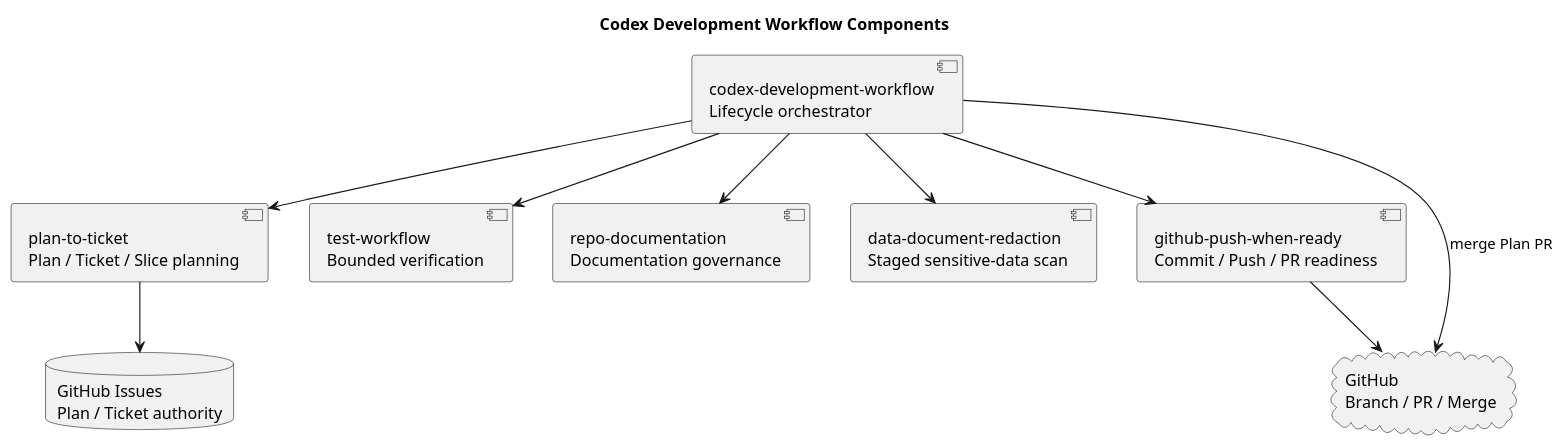
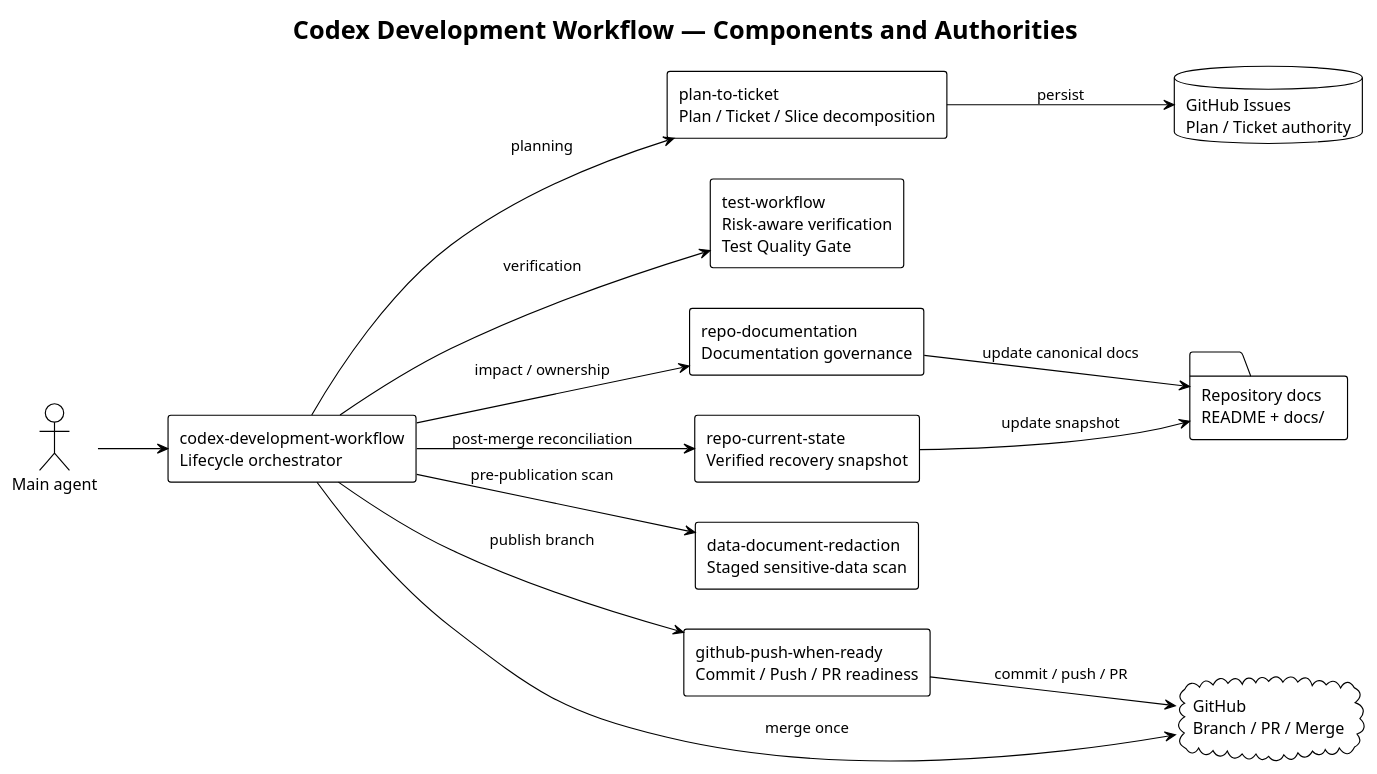
Before and after one commit to i-zrhe2016/codex-development-workflow: the diagram in docs/diagrams/components.puml, drawn with PlantUML. The commit also changed 30 other files, not shown here.

First line of the commit message:
Normalize diagrams and documentation with PlantUML (#150)

```diff
--- a/docs/diagrams/components.puml
+++ b/docs/diagrams/components.puml
@@ -1,21 +1,35 @@
 @startuml
-title Codex Development Workflow Components
+!theme plain
+left to right direction
+skinparam shadowing false
+skinparam defaultFontName Arial
+skinparam componentStyle rectangle
 
+title Codex Development Workflow — Components and Authorities
+
+actor "Main agent" as agent
 component "codex-development-workflow\nLifecycle orchestrator" as main
-component "plan-to-ticket\nPlan / Ticket / Slice planning" as plan
-component "test-workflow\nBounded verification" as test
+component "plan-to-ticket\nPlan / Ticket / Slice decomposition" as plan
+component "test-workflow\nRisk-aware verification\nTest Quality Gate" as test
 component "repo-documentation\nDocumentation governance" as docs
+component "repo-current-state\nVerified recovery snapshot" as state
 component "data-document-redaction\nStaged sensitive-data scan" as redact
 component "github-push-when-ready\nCommit / Push / PR readiness" as publish
+
 database "GitHub Issues\nPlan / Ticket authority" as issues
 cloud "GitHub\nBranch / PR / Merge" as github
+folder "Repository docs\nREADME + docs/" as docstore
 
-main --> plan
-plan --> issues
-main --> test
-main --> docs
-main --> redact
-main --> publish
-publish --> github
-main --> github : merge Plan PR
+agent --> main
+main --> plan : planning
+plan --> issues : persist
+main --> test : verification
+main --> docs : impact / ownership
+docs --> docstore : update canonical docs
+main --> redact : pre-publication scan
+main --> publish : publish branch
+publish --> github : commit / push / PR
+main --> github : merge once
+main --> state : post-merge reconciliation
+state --> docstore : update snapshot
 @enduml
```
